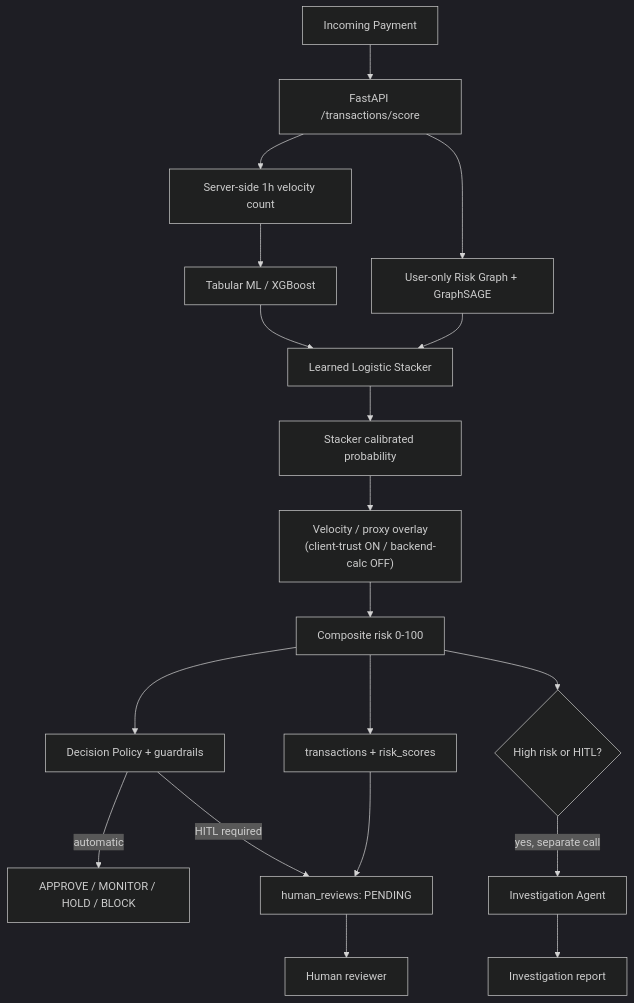
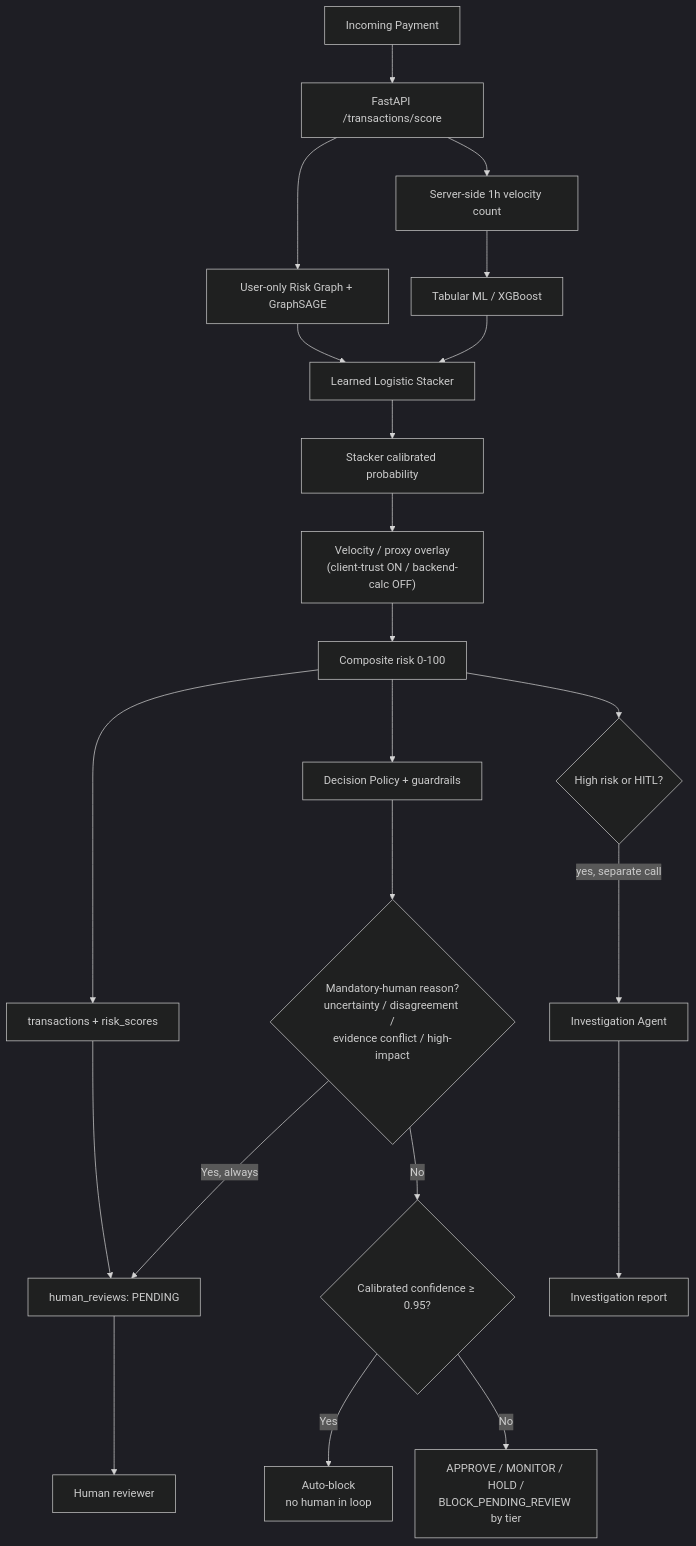
The third of 4 diagrams in PROJECT_WORKFLOW.md (Dikshu015/RazorRisk-Agentic-AI-Payment-Fraud-Risk-Investigation-Platform), drawn with Mermaid (dark theme) before and after one commit. The commit also changed other lines of this file and 1 other file, not shown here.

````diff
--- a/PROJECT_WORKFLOW.md
+++ b/PROJECT_WORKFLOW.md
@@ -63,21 +69,25 @@
 ```mermaid
-flowchart TD
+%%{init: {'flowchart': {'nodeSpacing': 32, 'rankSpacing': 55}}}%%
+flowchart TB
     TXN["Incoming Payment"] --> GW["FastAPI /transactions/score"]
     GW --> VEL["Server-side 1h velocity count"]
     VEL --> TAB["Tabular ML / XGBoost"]
     GW --> GNN["User-only Risk Graph + GraphSAGE"]
     TAB --> STACK["Learned Logistic Stacker"]
     GNN --> STACK
     STACK --> CAL["Stacker calibrated probability"]
     CAL --> MULT["Velocity / proxy overlay<br/>(client-trust ON / backend-calc OFF)"]
     MULT --> SCORE["Composite risk 0-100"]
     SCORE --> POLICY["Decision Policy + guardrails"]
-    POLICY -->|automatic| DECIDE["APPROVE / MONITOR / HOLD / BLOCK"]
-    POLICY -->|HITL required| QUEUE["human_reviews: PENDING"]
+    POLICY --> MANDH{"Mandatory-human reason?<br/>uncertainty / disagreement /<br/>evidence conflict / high-impact"}
+    MANDH -->|"Yes, always"| QUEUE["human_reviews: PENDING"]
+    MANDH -->|"No"| CONF{"Calibrated confidence &ge; 0.95?"}
+    CONF -->|"Yes"| AUTOBLOCK["Auto-block<br/>no human in loop"]
+    CONF -->|"No"| DECIDE["APPROVE / MONITOR / HOLD /<br/>BLOCK_PENDING_REVIEW by tier"]
     QUEUE --> REVIEW["Human reviewer"]
     SCORE --> PERSIST["transactions + risk_scores"]
     PERSIST --> QUEUE
     SCORE --> INV{"High risk or HITL?"}
-    INV -->|yes, separate call| AGENT["Investigation Agent"]
+    INV -->|"yes, separate call"| AGENT["Investigation Agent"]
     AGENT --> REPORT["Investigation report"]
 ```
````
